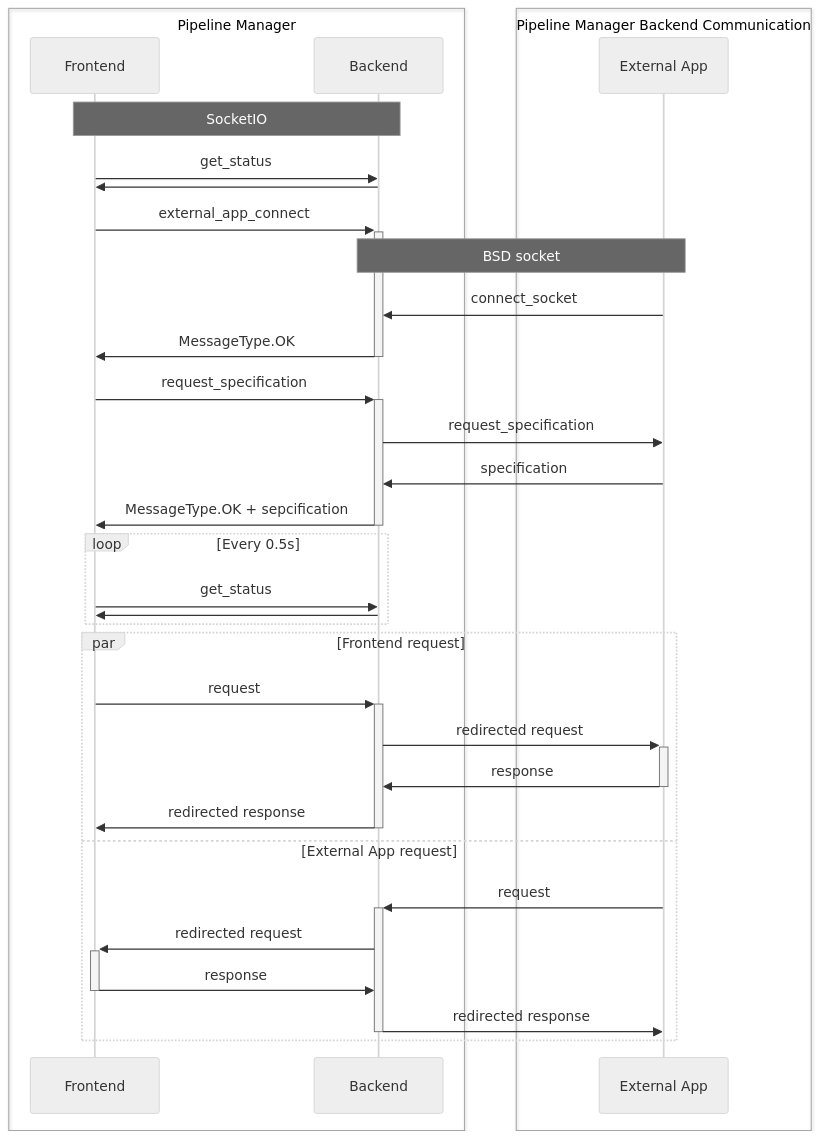
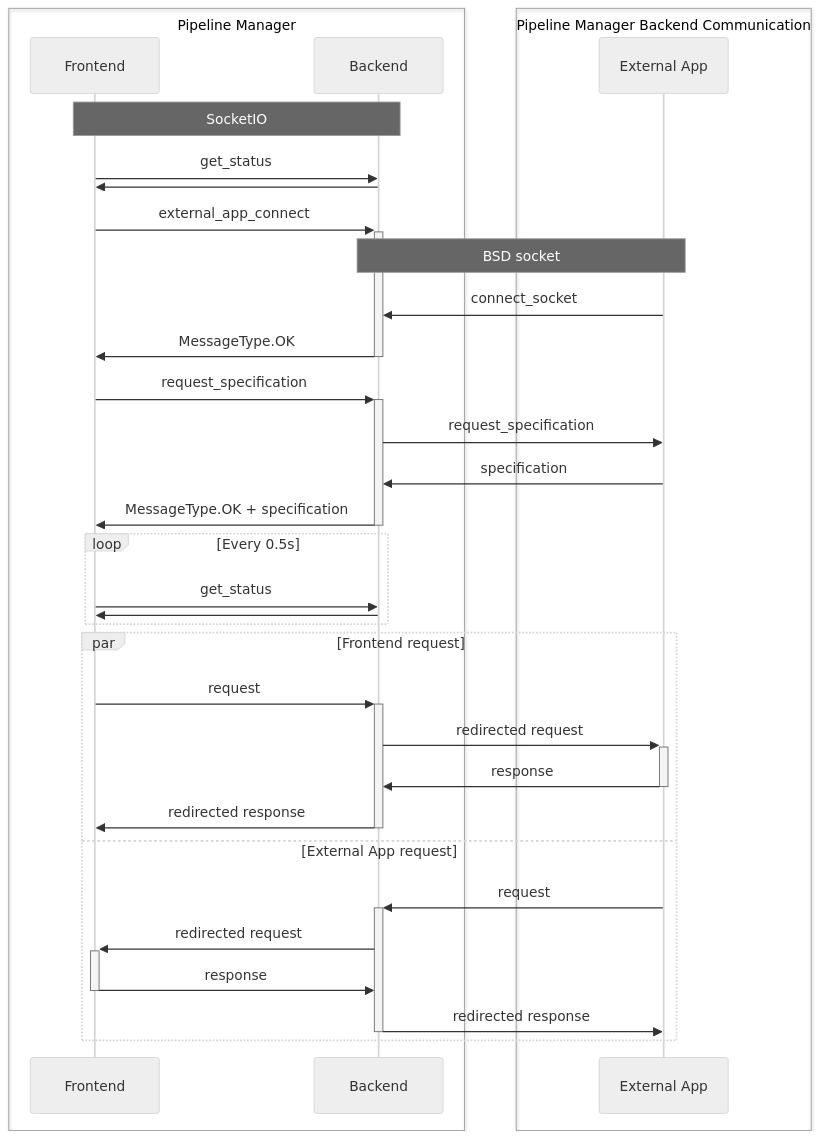
One commit to antmicro/kenning-pipeline-manager changed the first of 2 diagrams in docs/source/external-app-communication.md. Above: the diagram before and after it, drawn with Mermaid (neutral theme). The commit also changed other lines of this file, not shown here.

````diff
--- a/docs/source/external-app-communication.md
+++ b/docs/source/external-app-communication.md
@@ -23,38 +23,38 @@
 ```{mermaid}
 :caption: Communication sequence diagram 
 :alt: Communication sequence diagram
 sequenceDiagram
     box Pipeline Manager
         participant Frontend
         participant Backend
     end
     box Pipeline Manager Backend Communication
         participant External App
     end
     Note over Frontend,Backend: SocketIO
     Frontend->>Backend: get_status
     Backend->>Frontend: 
     Frontend->>+Backend: external_app_connect
     Note over Backend,External App: BSD socket
     External App->>Backend: connect_socket
     Backend->>-Frontend: MessageType.OK
     Frontend->>+Backend: request_specification
     Backend->>External App: request_specification
     External App->>Backend: specification
-    Backend->>-Frontend: MessageType.OK + sepcification
+    Backend->>-Frontend: MessageType.OK + specification
     loop Every 0.5s
         Frontend->>Backend: get_status
         Backend->>Frontend: 
     end
     par Frontend request
         Frontend->>+Backend: request
         Backend->>+External App: redirected request
         External App->>-Backend: response
         Backend->>-Frontend: redirected response
     and External App request
         External App->>+Backend: request
         Backend->>+Frontend: redirected request
         Frontend->>-Backend: response
         Backend->>-External App: redirected response
     end
 ```
````
